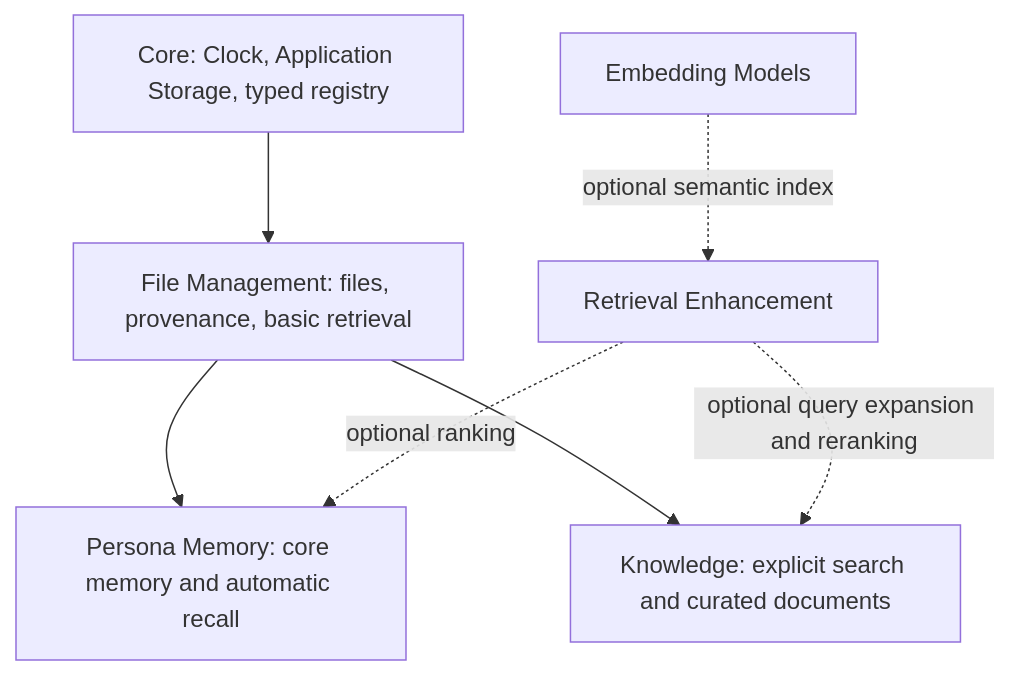
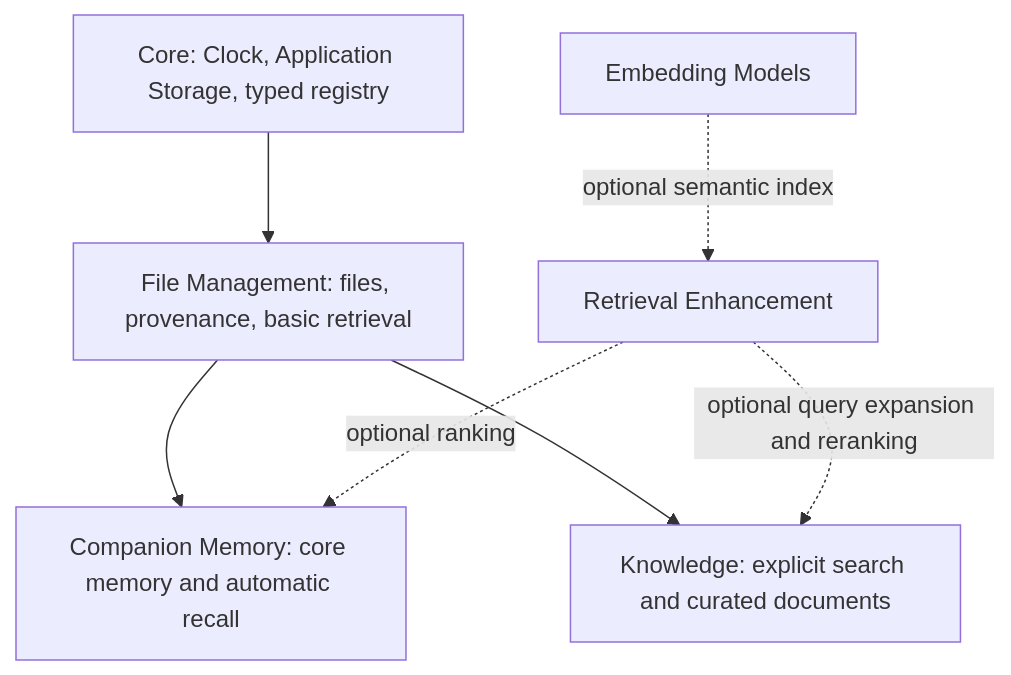
One commit to Kzkz233/echo-agent changed the diagram in docs/RETRIEVAL-AND-STORAGE.md. Above: the diagram before and after it, drawn with Mermaid. The commit also changed other lines of this file and 256 other files, not shown here.

````diff
--- a/docs/RETRIEVAL-AND-STORAGE.md
+++ b/docs/RETRIEVAL-AND-STORAGE.md
@@ -5,15 +5,15 @@
 ```mermaid
 flowchart TD
   Core[Core: Clock, Application Storage, typed registry]
   Files[File Management: files, provenance, basic retrieval]
-  Memory[Persona Memory: core memory and automatic recall]
+  Memory[Companion Memory: core memory and automatic recall]
   Knowledge[Knowledge: explicit search and curated documents]
   Enhance[Retrieval Enhancement]
   Encoders[Embedding Models]
   Core --> Files
   Files --> Memory
   Files --> Knowledge
   Enhance -. optional ranking .-> Memory
   Enhance -. optional query expansion and reranking .-> Knowledge
   Encoders -. optional semantic index .-> Enhance
 ```
````
